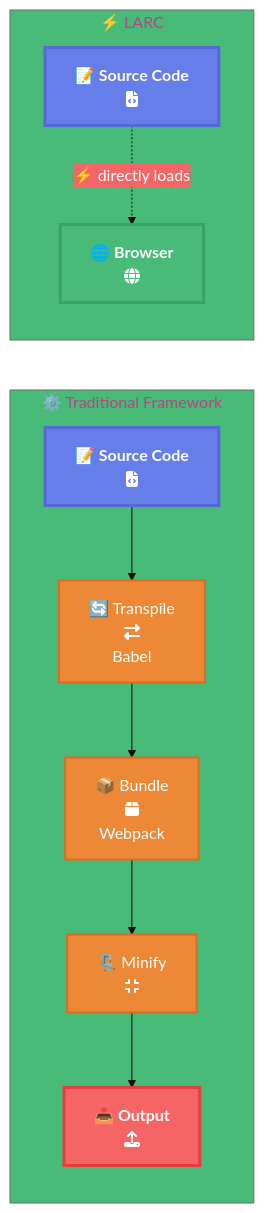
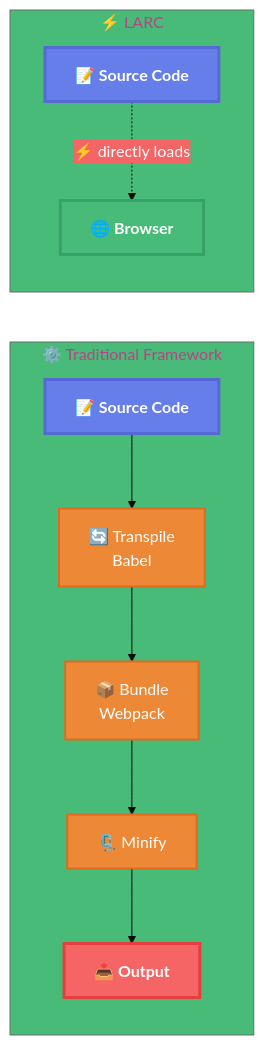
One commit to larcjs/larc changed the third of 5 diagrams in docs/books/learning-larc/diagrams/01-architecture-overview.md. Above: the diagram before and after it, drawn with Mermaid. The commit also changed other lines of this file and 1 other file, not shown here.

First line of the commit message:
fix: remove FontAwesome icon references from diagrams

````diff
--- a/docs/books/learning-larc/diagrams/01-architecture-overview.md
+++ b/docs/books/learning-larc/diagrams/01-architecture-overview.md
@@ -114,30 +114,30 @@
 ```mermaid
 %%{init: {'theme':'base', 'themeVariables': { 'primaryColor':'#667eea','primaryTextColor':'#fff','secondaryColor':'#f56565','tertiaryColor':'#48bb78'}}}%%
 graph LR
     subgraph Traditional["⚙️ Traditional Framework"]
-        S1["📝 Source Code<br/>fa:fa-file-code"]
-        T1["🔄 Transpile<br/>fa:fa-exchange-alt<br/>Babel"]
-        B1["📦 Bundle<br/>fa:fa-box<br/>Webpack"]
-        M1["🗜️ Minify<br/>fa:fa-compress"]
-        O1["📤 Output<br/>fa:fa-upload"]
+        S1["📝 Source Code"]
+        T1["🔄 Transpile<br/>Babel"]
+        B1["📦 Bundle<br/>Webpack"]
+        M1["🗜️ Minify"]
+        O1["📤 Output"]
 
         S1 --> T1 --> B1 --> M1 --> O1
     end
 
     subgraph LARC["⚡ LARC"]
-        S2["📝 Source Code<br/>fa:fa-file-code"]
-        BR["🌐 Browser<br/>fa:fa-globe"]
+        S2["📝 Source Code"]
+        BR["🌐 Browser"]
 
         S2 -.⚡ directly loads.-> BR
     end
 
     classDef source fill:#667eea,stroke:#5568d3,stroke-width:3px,color:#fff,font-weight:bold
     classDef browser fill:#48bb78,stroke:#38a169,stroke-width:3px,color:#fff,font-weight:bold
     classDef output fill:#f56565,stroke:#e53e3e,stroke-width:3px,color:#fff,font-weight:bold
     classDef process fill:#ed8936,stroke:#dd6b20,stroke-width:2px,color:#fff
 
     class S2,S1 source
     class BR browser
     class O1 output
     class T1,B1,M1 process
 ```
````
